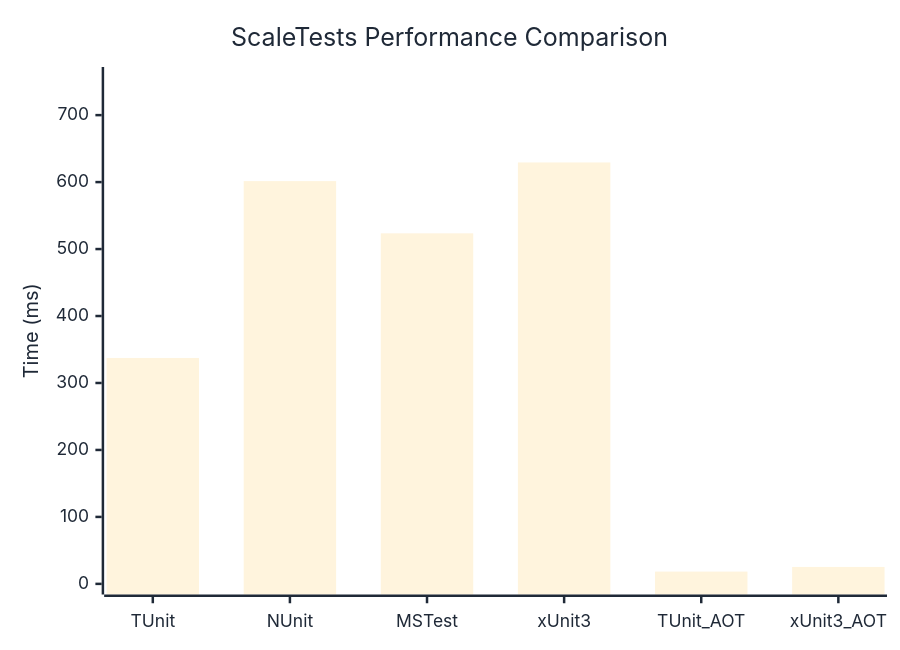
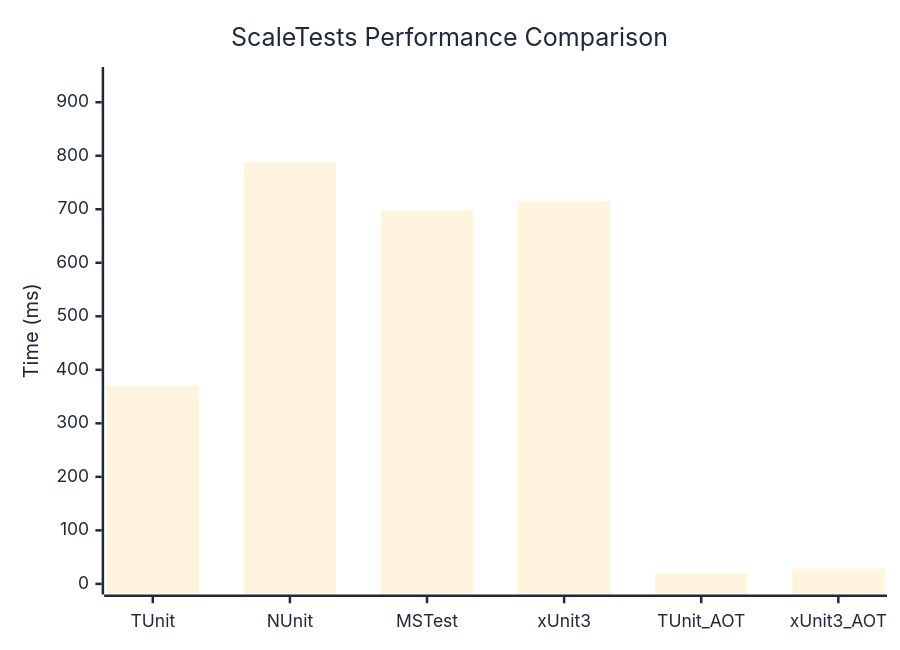
The diagram in docs/docs/benchmarks/engine/ScaleTests.md (thomhurst/TUnit), drawn with Mermaid before and after one commit. The commit also changed other lines of this file and 18 other files, not shown here.

````diff
--- a/docs/docs/benchmarks/engine/ScaleTests.md
+++ b/docs/docs/benchmarks/engine/ScaleTests.md
@@ -30,37 +30,37 @@
 ```mermaid
 %%{init: {
   'theme':'base',
   'themeVariables': {
     'primaryColor': '#2563eb',
     'primaryTextColor': '#1f2937',
     'primaryBorderColor': '#1e40af',
     'lineColor': '#6b7280',
     'secondaryColor': '#7c3aed',
     'tertiaryColor': '#dc2626',
     'background': '#ffffff',
     'mainBkg': '#2563eb',
     'secondBkg': '#7c3aed',
     'tertiaryBkg': '#dc2626',
     'clusterBkg': '#f3f4f6',
     'edgeLabelBackground': '#ffffff',
     'tertiaryTextColor': '#1f2937',
     'pie1': '#2563eb',
     'pie2': '#7c3aed',
     'pie3': '#dc2626',
     'pie4': '#f59e0b',
     'pie5': '#10b981',
     'pie6': '#06b6d4',
     'pie7': '#ec4899',
     'pie8': '#6366f1',
     'pie9': '#84cc16',
     'pie10': '#f97316',
     'pie11': '#14b8a6',
     'pie12': '#a855f7'
   }
 }}%%
 xychart-beta
   title "ScaleTests Performance Comparison"
   x-axis ["TUnit", "NUnit", "MSTest", "xUnit3", "TUnit_AOT", "xUnit3_AOT"]
-  y-axis "Time (ms)" 0 --> 756
-  bar [337.36, 601.45, 523.49, 629.35, 18.35, 25.29]
+  y-axis "Time (ms)" 0 --> 946
+  bar [369.78, 788.16, 698.07, 714.12, 18.38, 28.28]
 ```
````
